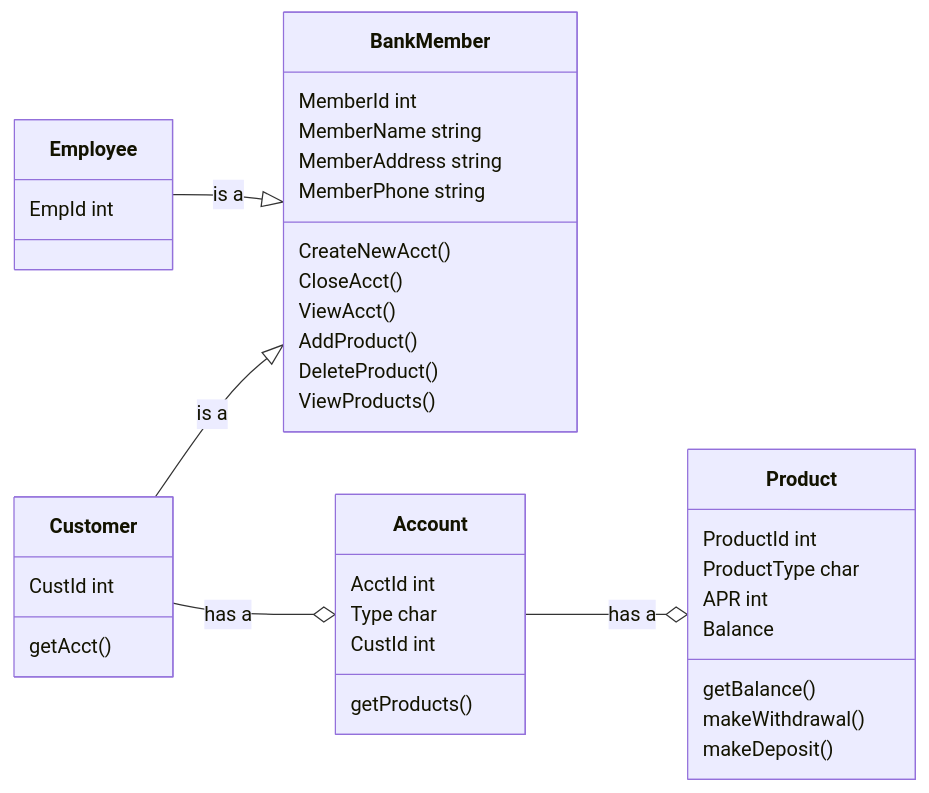
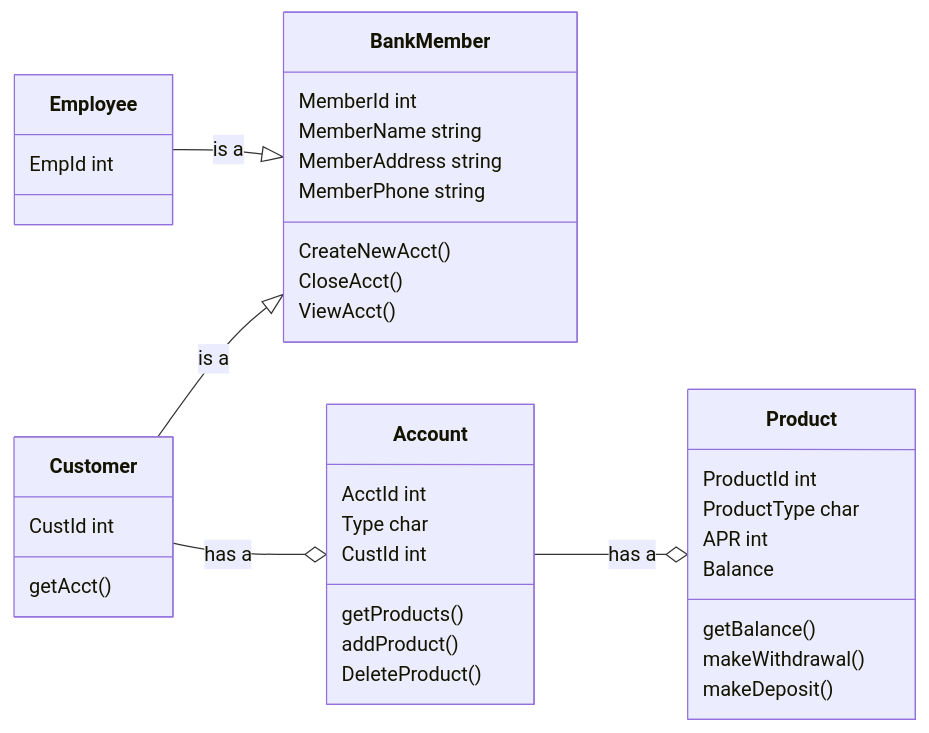
The diagram in mermaid.md (Marcus-Snell/Test), drawn with Mermaid before and after one commit.

````diff
--- a/mermaid.md
+++ b/mermaid.md
@@ -1,38 +1,37 @@
 ```mermaid
 classDiagram
 direction LR
 BankMember
 BankMember : MemberId int
 BankMember : MemberName string
 BankMember : MemberAddress string
 BankMember : MemberPhone string
 BankMember : CreateNewAcct()
 BankMember: CloseAcct()
 BankMember : ViewAcct()
-BankMember : AddProduct()
-BankMember : DeleteProduct()
-BankMember : ViewProducts()
 
 Employee --|> BankMember : is a
 Employee : EmpId int
 
 Customer --|> BankMember : is a
 Customer --o Account : has a
 Customer : CustId int
 Customer : getAcct()
 
 Account --o Product : has a
 Account : AcctId int
 Account : Type char
 Account : CustId int
 Account : getProducts()
+Account : addProduct()
+Account : DeleteProduct()
 
 Product : ProductId int
 Product : ProductType char
 Product : APR int
 Product : Balance
 Product : getBalance()
 Product : makeWithdrawal()
 Product : makeDeposit()
 
 ```
````
